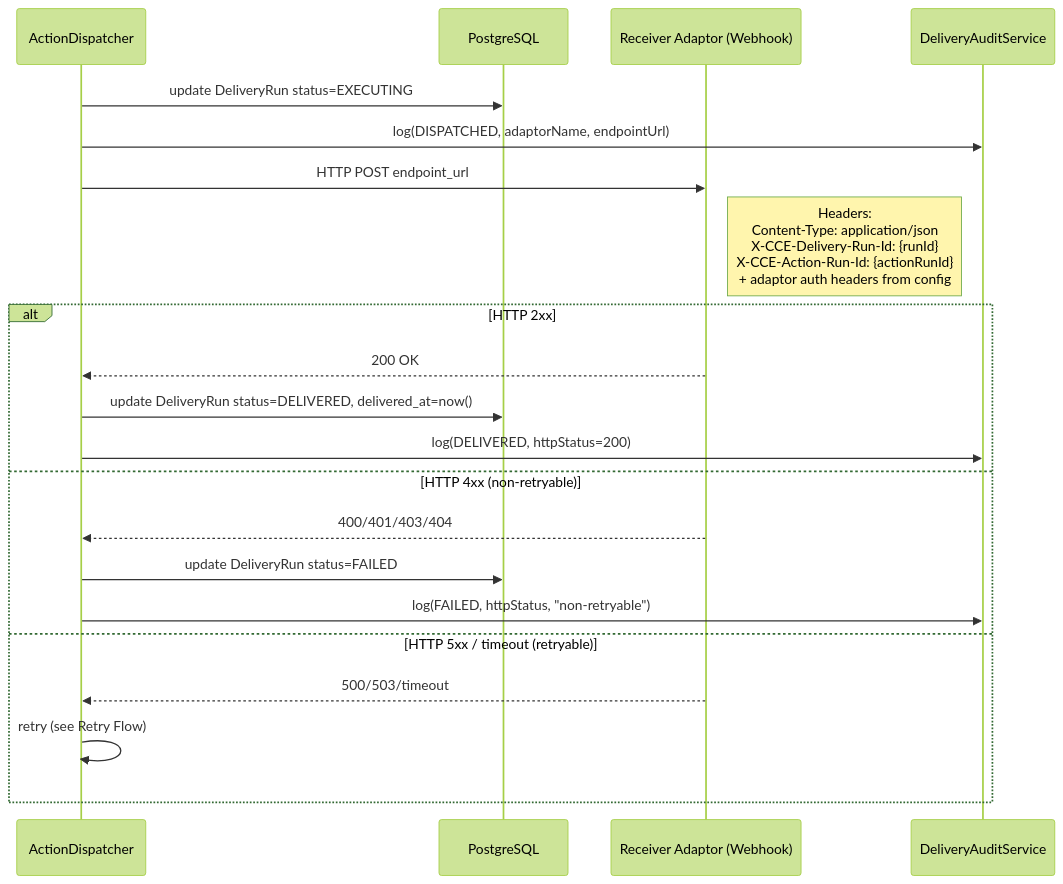
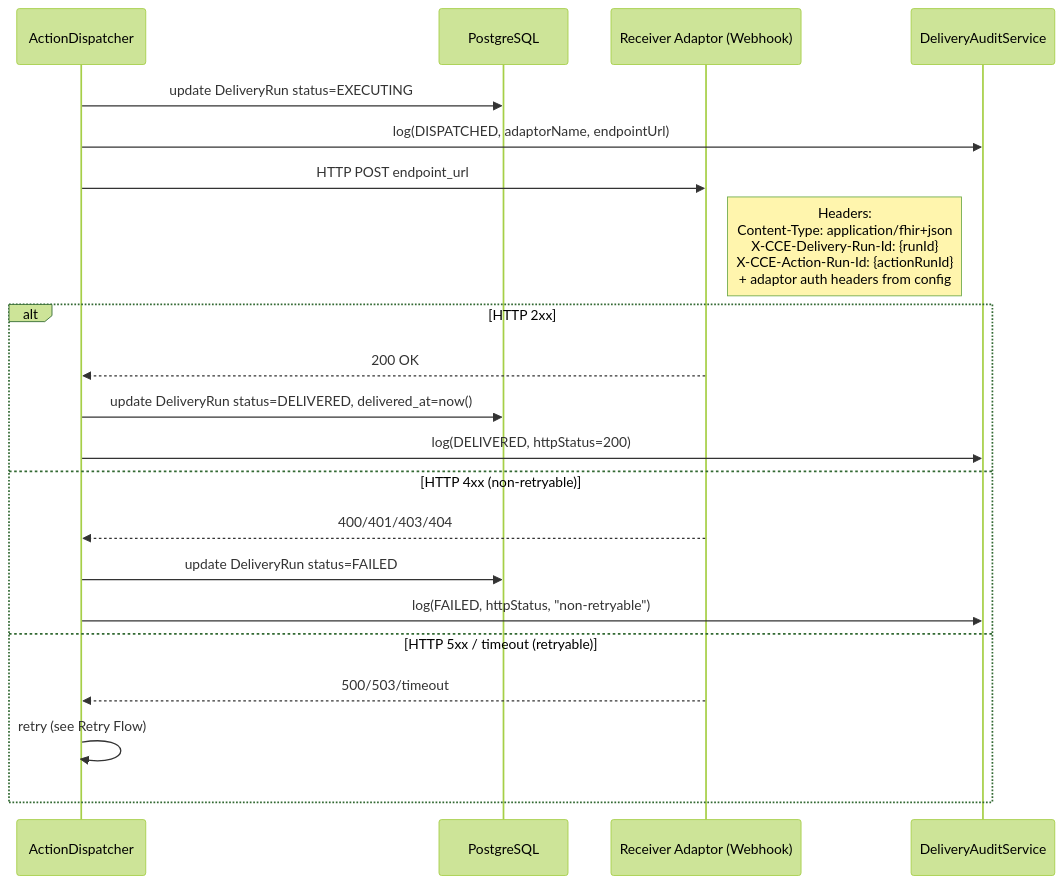
The fifth of 12 diagrams in docs/flow-diagrams.md (Jayaprakash8887/cce-intelligence-service), drawn with Mermaid (forest theme) before and after one commit.

Commit message:
documentation update

````diff
--- a/docs/flow-diagrams.md
+++ b/docs/flow-diagrams.md
@@ -180,26 +180,26 @@
 ```mermaid
 sequenceDiagram
     participant Dispatcher as ActionDispatcher
     participant DB as PostgreSQL
     participant Adaptor as Receiver Adaptor (Webhook)
     participant Audit as DeliveryAuditService
 
     Dispatcher->>DB: update DeliveryRun status=EXECUTING
     Dispatcher->>Audit: log(DISPATCHED, adaptorName, endpointUrl)
 
     Dispatcher->>Adaptor: HTTP POST endpoint_url
-    Note right of Adaptor: Headers:<br/>Content-Type: application/json<br/>X-CCE-Delivery-Run-Id: {runId}<br/>X-CCE-Action-Run-Id: {actionRunId}<br/>+ adaptor auth headers from config
+    Note right of Adaptor: Headers:<br/>Content-Type: application/fhir+json<br/>X-CCE-Delivery-Run-Id: {runId}<br/>X-CCE-Action-Run-Id: {actionRunId}<br/>+ adaptor auth headers from config
 
     alt HTTP 2xx
         Adaptor-->>Dispatcher: 200 OK
         Dispatcher->>DB: update DeliveryRun status=DELIVERED, delivered_at=now()
         Dispatcher->>Audit: log(DELIVERED, httpStatus=200)
     else HTTP 4xx (non-retryable)
         Adaptor-->>Dispatcher: 400/401/403/404
         Dispatcher->>DB: update DeliveryRun status=FAILED
         Dispatcher->>Audit: log(FAILED, httpStatus, "non-retryable")
     else HTTP 5xx / timeout (retryable)
         Adaptor-->>Dispatcher: 500/503/timeout
         Dispatcher->>Dispatcher: retry (see Retry Flow)
     end
 ```
````
